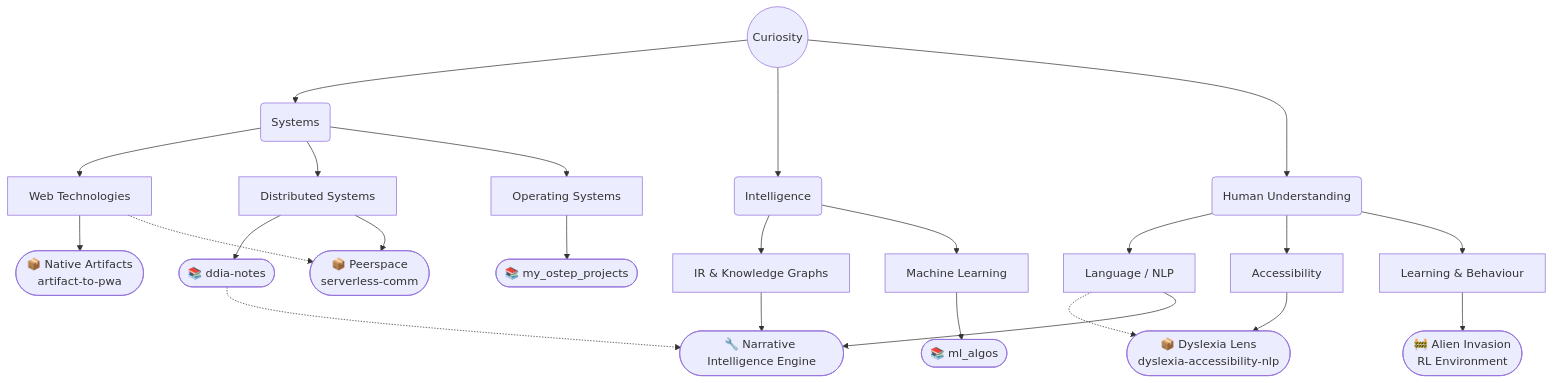
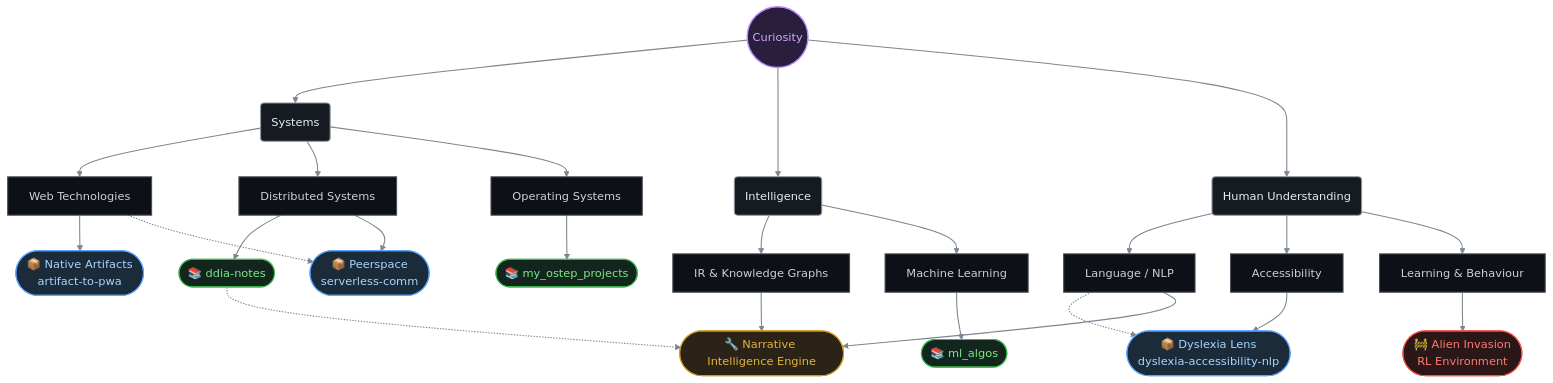
Before and after one commit to Baaqar-007/Baaqar-007: the diagram in README.md, drawn with Mermaid.

Commit message:
Update README with flowchart and styling adjustments

````diff
--- a/README.md
+++ b/README.md
@@ -5,36 +5,55 @@
 ```mermaid
+%%{init: {"layout":"dagre","look":"classic","theme":"base","themeVariables":{"primaryColor":"#21262d","primaryTextColor":"#e6edf3","primaryBorderColor":"#8b949e","lineColor":"#7d8590","fontFamily":"ui-sans-serif, -apple-system, 'Segoe UI', sans-serif","fontSize":"14px","edgeLabelBackground":"#0d1117"},"flowchart":{"curve":"linear","nodeSpacing":30,"rankSpacing":45}}}%%
 flowchart TD
     ME((Curiosity))
- 
+
     ME --> SYS(Systems)
     ME --> INT(Intelligence)
     ME --> HUM(Human Understanding)
- 
+
     SYS --> WEB[Web Technologies]
     SYS --> DIST[Distributed Systems]
     SYS --> OS[Operating Systems]
- 
+
     INT --> IR[IR & Knowledge Graphs]
     INT --> ML[Machine Learning]
- 
+
     HUM --> NLP[Language / NLP]
     HUM --> ACC[Accessibility]
     HUM --> RL[Learning & Behaviour]
- 
+
     OS --> OSTEP([📚 my_ostep_projects])
     ML --> ALGOS([📚 ml_algos])
     DIST --> DDIA([📚 ddia-notes])
- 
+
     WEB --> ATP([📦 Native Artifacts<br>artifact-to-pwa])
     DIST --> COMM([📦 Peerspace<br>serverless-comm])
     WEB -.-> COMM
- 
+
     ACC --> DYS([📦 Dyslexia Lens<br>dyslexia-accessibility-nlp])
     NLP -.-> DYS
- 
+
     IR --> NIE([🔧 Narrative Intelligence Engine])
     NLP --> NIE
     DDIA -.-> NIE
- 
+
     RL --> ALIEN([🚧 Alien Invasion<br>RL Environment])
+
+    classDef root fill:#2a1e3d,stroke:#bc8cff,stroke-width:2px,color:#d2a8ff
+    classDef branch fill:#161b22,stroke:#8b949e,stroke-width:1.5px,color:#e6edf3
+    classDef leaf fill:#0d1117,stroke:#484f58,stroke-width:1.5px,color:#c9d1d9
+    classDef learn fill:#12261e,stroke:#3fb950,stroke-width:1.5px,color:#7ee787
+    classDef project fill:#1c2b3a,stroke:#58a6ff,stroke-width:1.5px,color:#a5d6ff
+    classDef tool fill:#2b2416,stroke:#d29922,stroke-width:1.5px,color:#e3b341
+    classDef wip fill:#2b1618,stroke:#f85149,stroke-width:1.5px,color:#ff7b72
+
+    class ME root
+    class SYS,INT,HUM branch
+    class WEB,DIST,OS,IR,ML,NLP,ACC,RL leaf
+    class OSTEP,ALGOS,DDIA learn
+    class ATP,COMM,DYS project
+    class NIE tool
+    class ALIEN wip
+
+    linkStyle default stroke:#7d8590,stroke-width:1.5px
 ```
````
